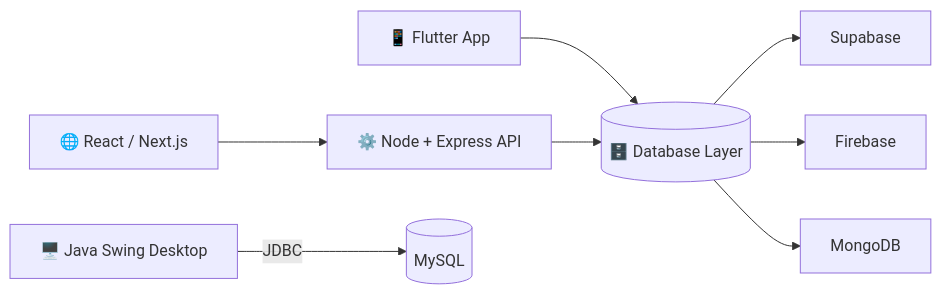
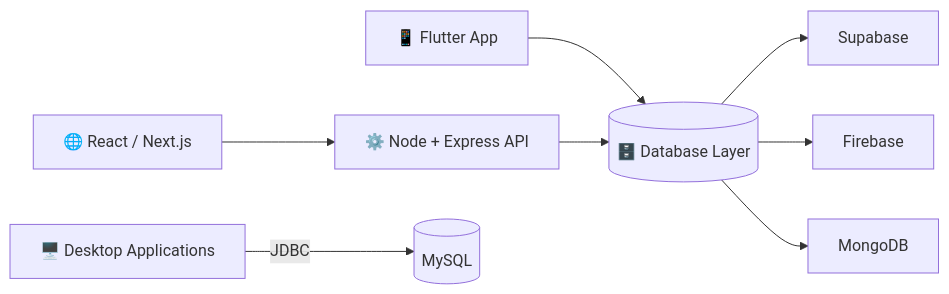
The diagram in README.md (shabii804/shabii804), drawn with Mermaid before and after one commit.

Commit message:
Update flowchart label for desktop applications

````diff
--- a/README.md
+++ b/README.md
@@ -128,10 +128,10 @@
 ```mermaid
 flowchart LR
     A[📱 Flutter App] --> D
     B[🌐 React / Next.js] --> C[⚙️ Node + Express API]
     C --> D[(🗄️ Database Layer)]
-    E[🖥️ Java Swing Desktop] -->|JDBC| F[(MySQL)]
+    E[🖥️ Desktop Applications] -->|JDBC| F[(MySQL)]
     D --> G[Supabase]
     D --> H[Firebase]
     D --> I[MongoDB]
 ```
````
